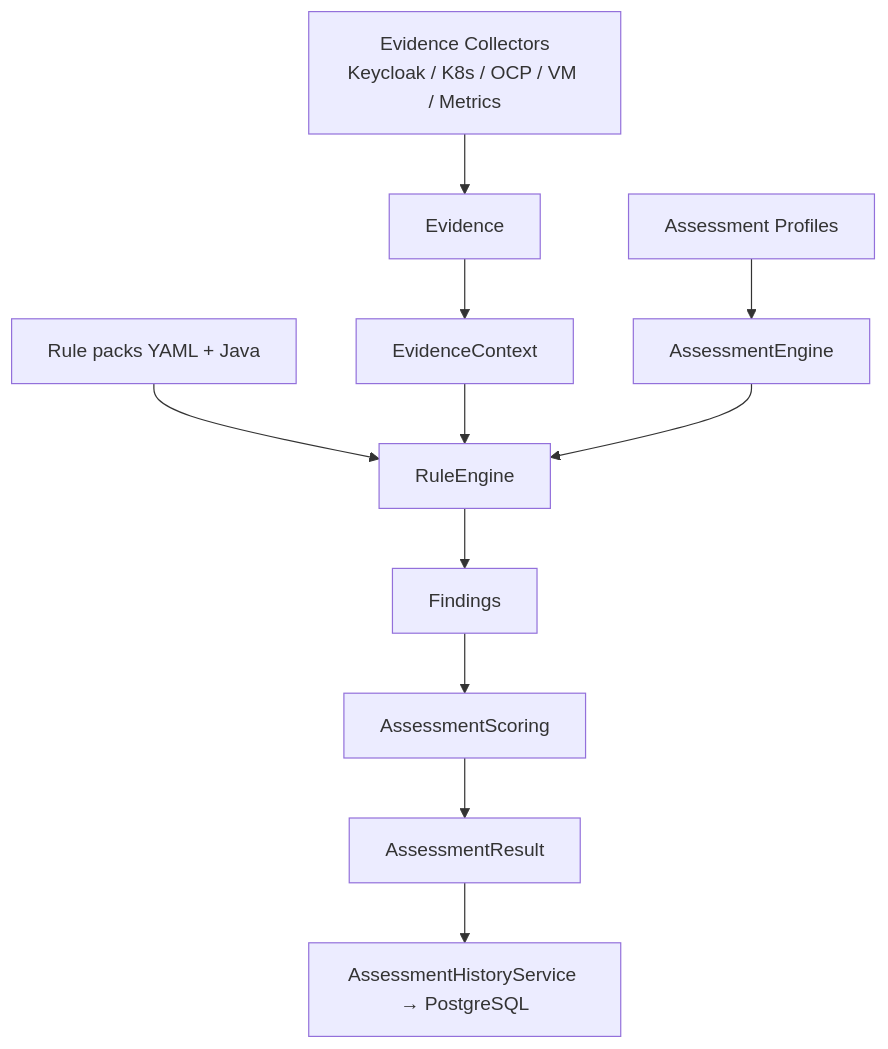
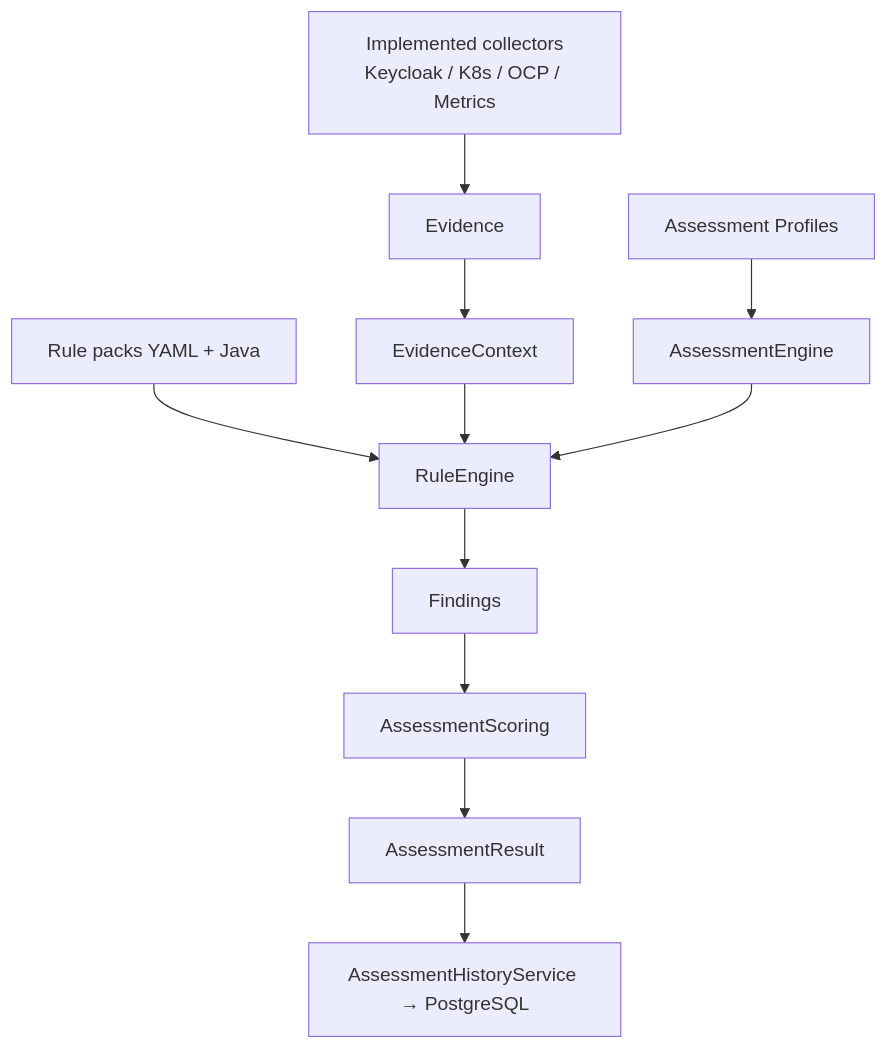
One commit to csfreitas/keycloak-operations changed the third of 4 diagrams in docs/architecture/overview.md. Above: the diagram before and after it, drawn with Mermaid. The commit also changed other lines of this file and 543 other files, not shown here.

````diff
--- a/docs/architecture/overview.md
+++ b/docs/architecture/overview.md
@@ -61,13 +103,13 @@
 ```mermaid
 flowchart TB
-  Collectors[Evidence Collectors<br/>Keycloak / K8s / OCP / VM / Metrics] --> Evidence[Evidence]
+  Collectors[Implemented collectors<br/>Keycloak / K8s / OCP / Metrics] --> Evidence[Evidence]
   Evidence --> Context[EvidenceContext]
   Profiles[Assessment Profiles] --> Engine[AssessmentEngine]
   Rules[Rule packs YAML + Java] --> RuleEngine[RuleEngine]
   Context --> RuleEngine
   Engine --> RuleEngine
   RuleEngine --> Findings[Findings]
   Findings --> Scoring[AssessmentScoring]
   Scoring --> Result[AssessmentResult]
   Result --> Persist[AssessmentHistoryService → PostgreSQL]
 ```
````
